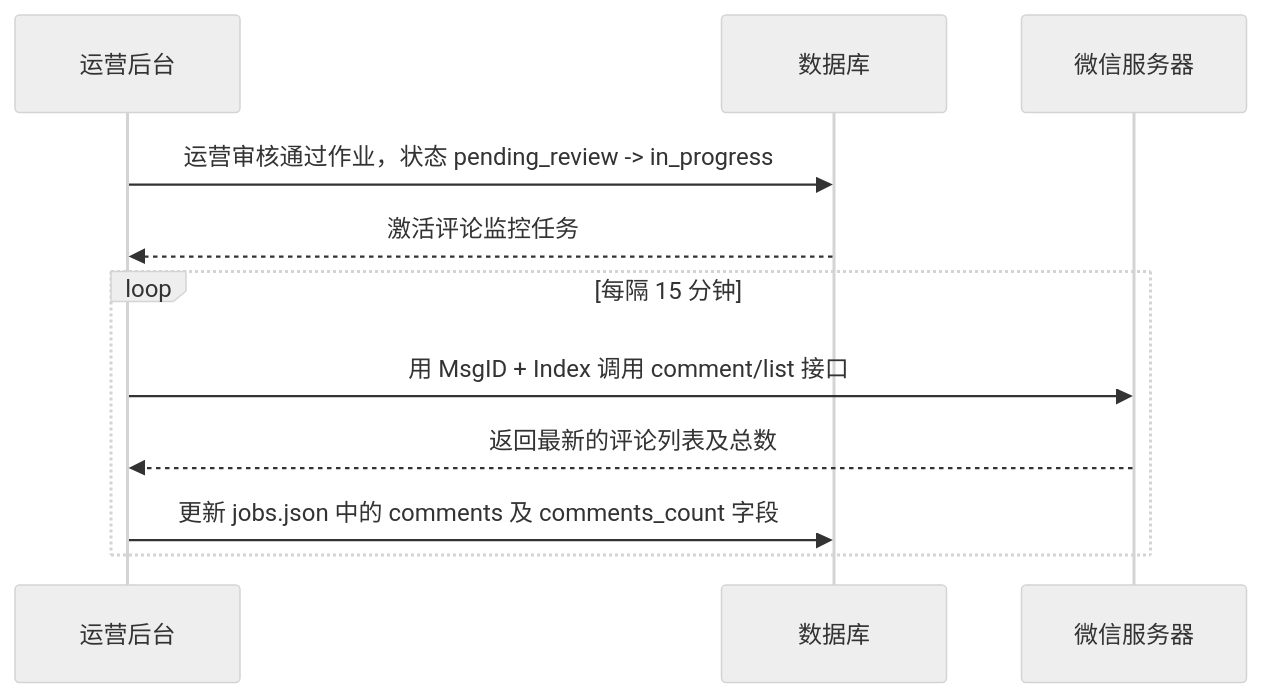
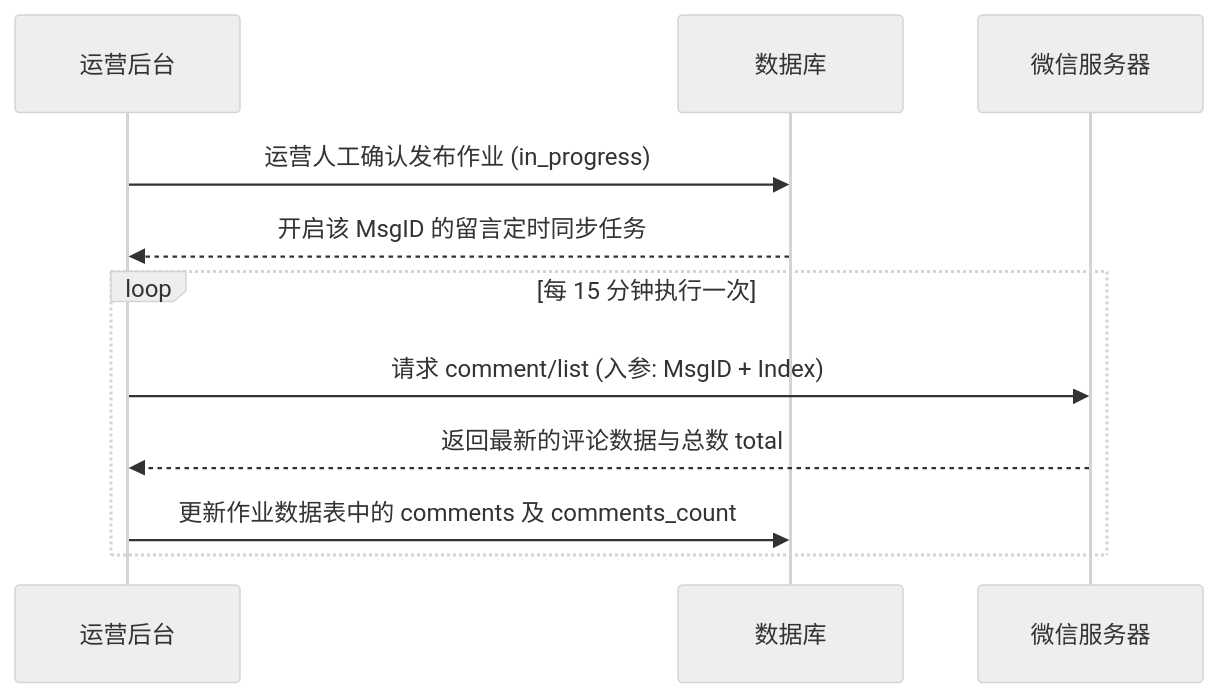
Before and after one commit to RondoTANG/dongfeng-push-demo: the fifth of 5 diagrams in technical_prd.md, drawn with Mermaid (neutral theme). The commit also changed other lines of this file and 1 other file, not shown here.

````diff
--- a/technical_prd.md
+++ b/technical_prd.md
@@ -282,14 +417,14 @@
 ```mermaid
 sequenceDiagram
     participant Web as 运营后台
     participant DB as 数据库
     participant WX as 微信服务器
     
-    Web->>DB: 运营审核通过作业，状态 pending_review -> in_progress
-    DB-->>Web: 激活评论监控任务
-    loop 每隔 15 分钟
-        Web->>WX: 用 MsgID + Index 调用 comment/list 接口
-        WX-->>Web: 返回最新的评论列表及总数
-        Web->>DB: 更新 jobs.json 中的 comments 及 comments_count 字段
+    Web->>DB: 运营人工确认发布作业 (in_progress)
+    DB-->>Web: 开启该 MsgID 的留言定时同步任务
+    loop 每 15 分钟执行一次
+        Web->>WX: 请求 comment/list (入参: MsgID + Index)
+        WX-->>Web: 返回最新的评论数据与总数 total
+        Web->>DB: 更新作业数据表中的 comments 及 comments_count
     end
 ```
````
